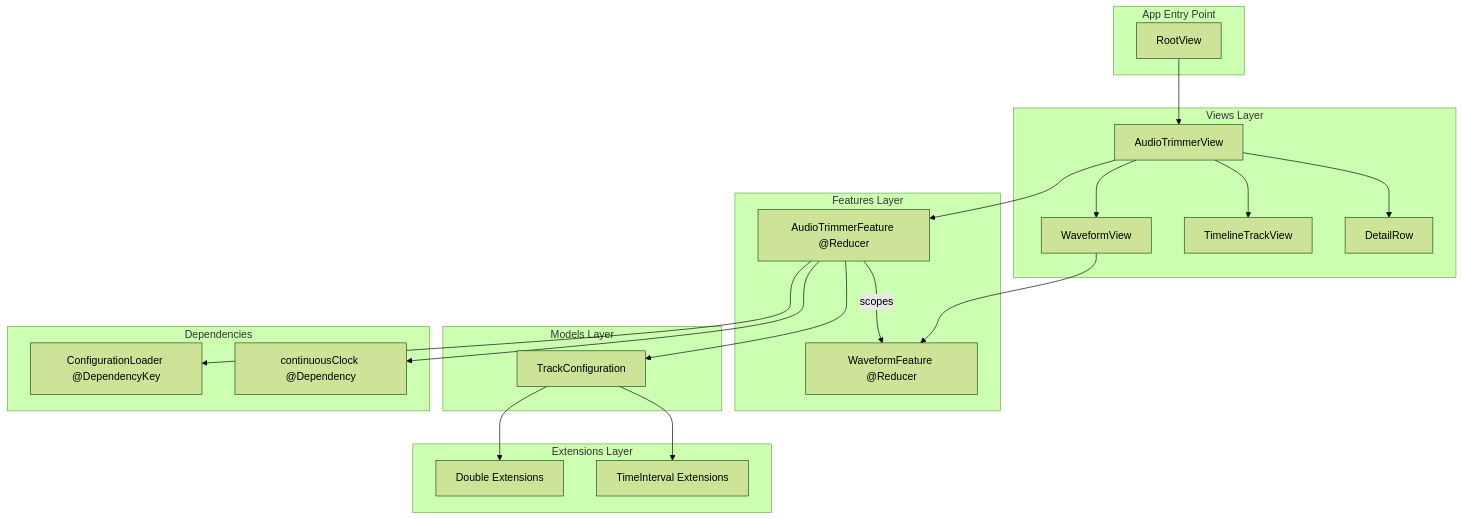
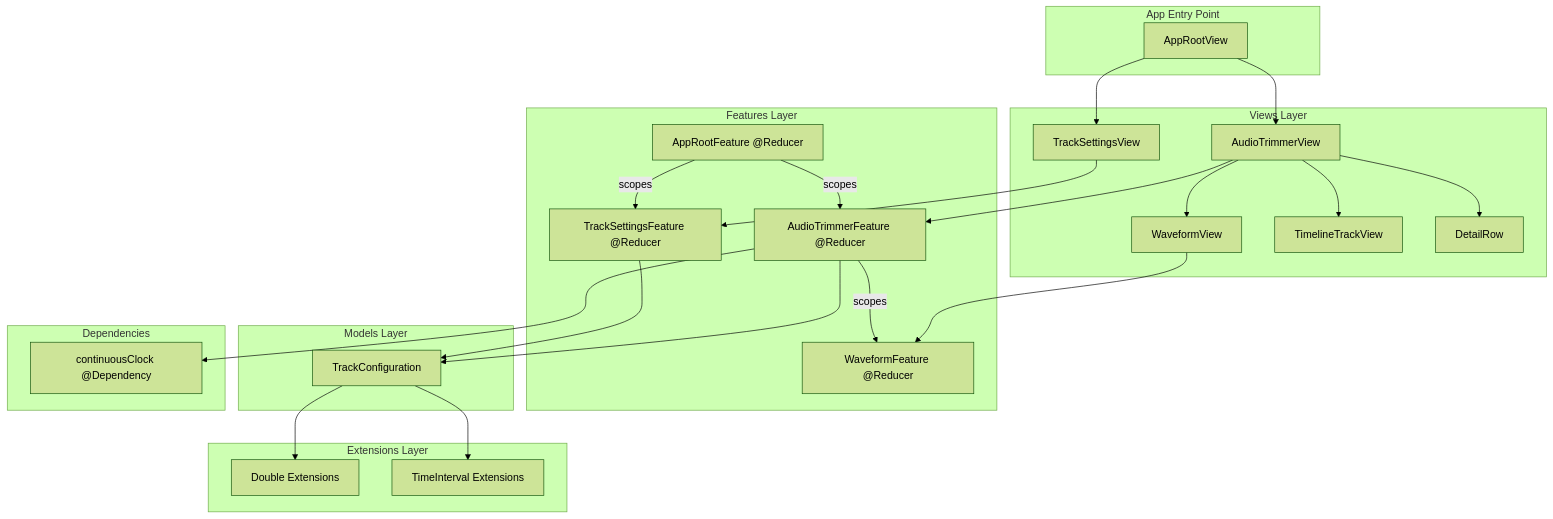
One commit to justbug/Audio-Trimmer changed the first of 2 diagrams in README.md. Above: the diagram before and after it, drawn with Mermaid (forest theme). The commit also changed other lines of this file and 1 other file, not shown here.

First line of the commit message:
feat(track-settings): implement path-based navigation and track settings feature

````diff
--- a/README.md
+++ b/README.md
@@ -56,47 +57,53 @@
 ```mermaid
 graph TB
     subgraph Entry["App Entry Point"]
-        RootView[RootView]
+        AppRootView[AppRootView]
     end
     
     subgraph Features["Features Layer"]
+        AppRootFeature["AppRootFeature @Reducer"]
+        TrackSettingsFeature["TrackSettingsFeature @Reducer"]
         AudioTrimmerFeature["AudioTrimmerFeature @Reducer"]
         WaveformFeature["WaveformFeature @Reducer"]
     end
     
     subgraph Views["Views Layer"]
+        TrackSettingsView[TrackSettingsView]
         AudioTrimmerView[AudioTrimmerView]
         WaveformView[WaveformView]
         TimelineTrackView[TimelineTrackView]
         DetailRow[DetailRow]
     end
     
     subgraph Models["Models Layer"]
         TrackConfiguration[TrackConfiguration]
     end
     
     subgraph Extensions["Extensions Layer"]
         DoubleExt["Double Extensions"]
         TimeIntervalExt["TimeInterval Extensions"]
     end
     
     subgraph Dependencies["Dependencies"]
-        ConfigLoader["ConfigurationLoader @DependencyKey"]
         Clock["continuousClock @Dependency"]
     end
     
-    RootView --> AudioTrimmerView
+    AppRootView --> TrackSettingsView
+    AppRootView --> AudioTrimmerView
+    TrackSettingsView --> TrackSettingsFeature
     AudioTrimmerView --> AudioTrimmerFeature
     AudioTrimmerView --> WaveformView
     AudioTrimmerView --> TimelineTrackView
     AudioTrimmerView --> DetailRow
     WaveformView --> WaveformFeature
     
+    AppRootFeature -->|scopes| TrackSettingsFeature
+    AppRootFeature -->|scopes| AudioTrimmerFeature
     AudioTrimmerFeature -->|scopes| WaveformFeature
     AudioTrimmerFeature --> TrackConfiguration
-    AudioTrimmerFeature --> ConfigLoader
     AudioTrimmerFeature --> Clock
+    TrackSettingsFeature --> TrackConfiguration
     
     TrackConfiguration --> DoubleExt
     TrackConfiguration --> TimeIntervalExt
 ```
````
